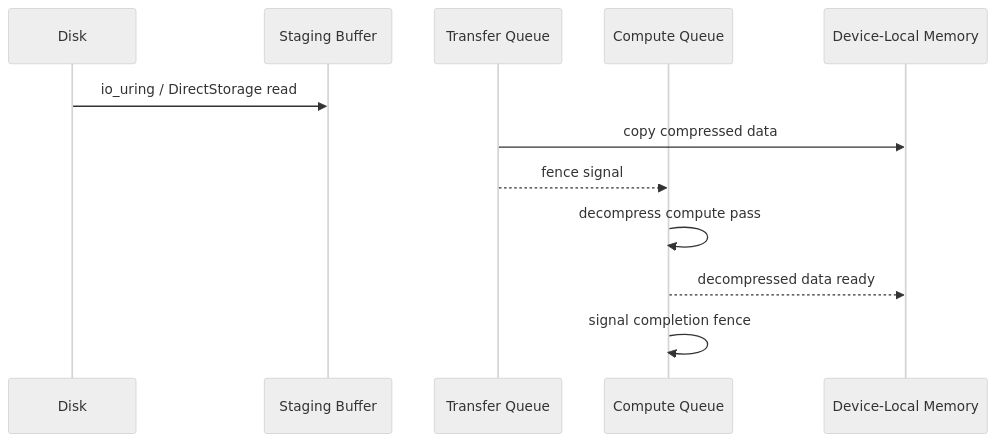
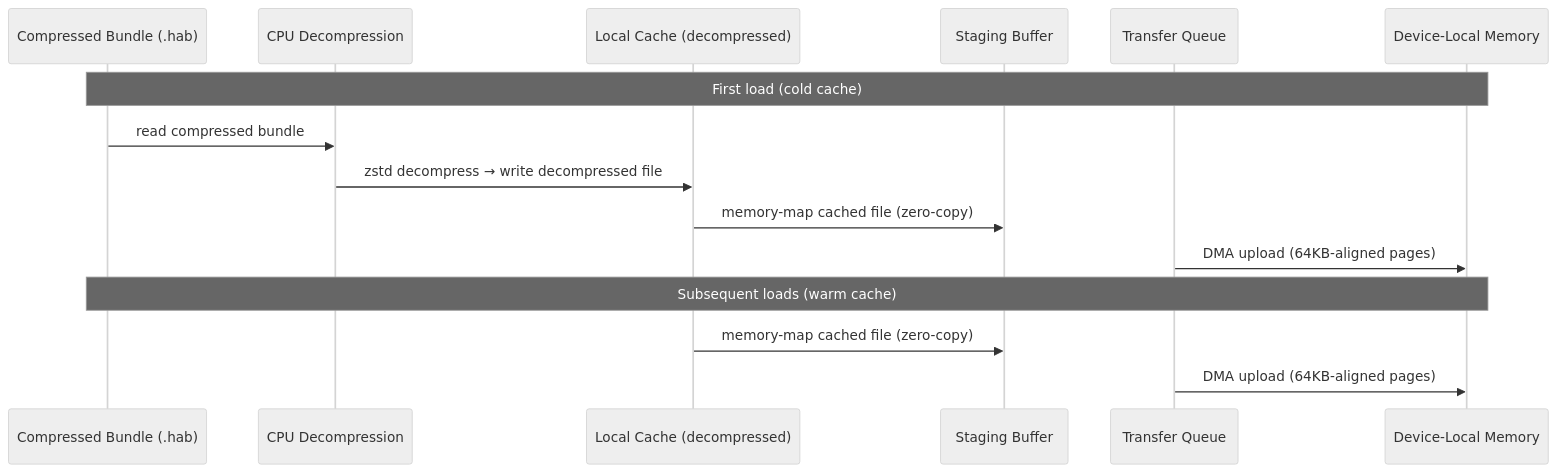
The fifth of 7 diagrams in docs/design/asset-pipeline.md (harmonius-dev/harmonius), drawn with Mermaid (neutral theme) before and after one commit. The commit also changed other lines of this file and 192 other files, not shown here.

````diff
--- a/docs/design/asset-pipeline.md
+++ b/docs/design/asset-pipeline.md
@@ -470,15 +574,19 @@
 ```mermaid
 sequenceDiagram
-    participant Disk
+    participant Disk as Compressed Bundle (.hab)
+    participant CPU as CPU Decompression
+    participant Cache as Local Cache (decompressed)
     participant Staging as Staging Buffer
     participant TX as Transfer Queue
-    participant CS as Compute Queue
     participant Device as Device-Local Memory
 
-    Disk->>Staging: io_uring / DirectStorage read
-    TX->>Device: copy compressed data
-    TX-->>CS: fence signal
-    CS->>CS: decompress compute pass
-    CS-->>Device: decompressed data ready
-    CS->>CS: signal completion fence
+    Note over Disk,Device: First load (cold cache)
+    Disk->>CPU: read compressed bundle
+    CPU->>Cache: zstd decompress → write decompressed file
+    Cache->>Staging: memory-map cached file (zero-copy)
+    TX->>Device: DMA upload (64KB-aligned pages)
+
+    Note over Disk,Device: Subsequent loads (warm cache)
+    Cache->>Staging: memory-map cached file (zero-copy)
+    TX->>Device: DMA upload (64KB-aligned pages)
 ```
````
